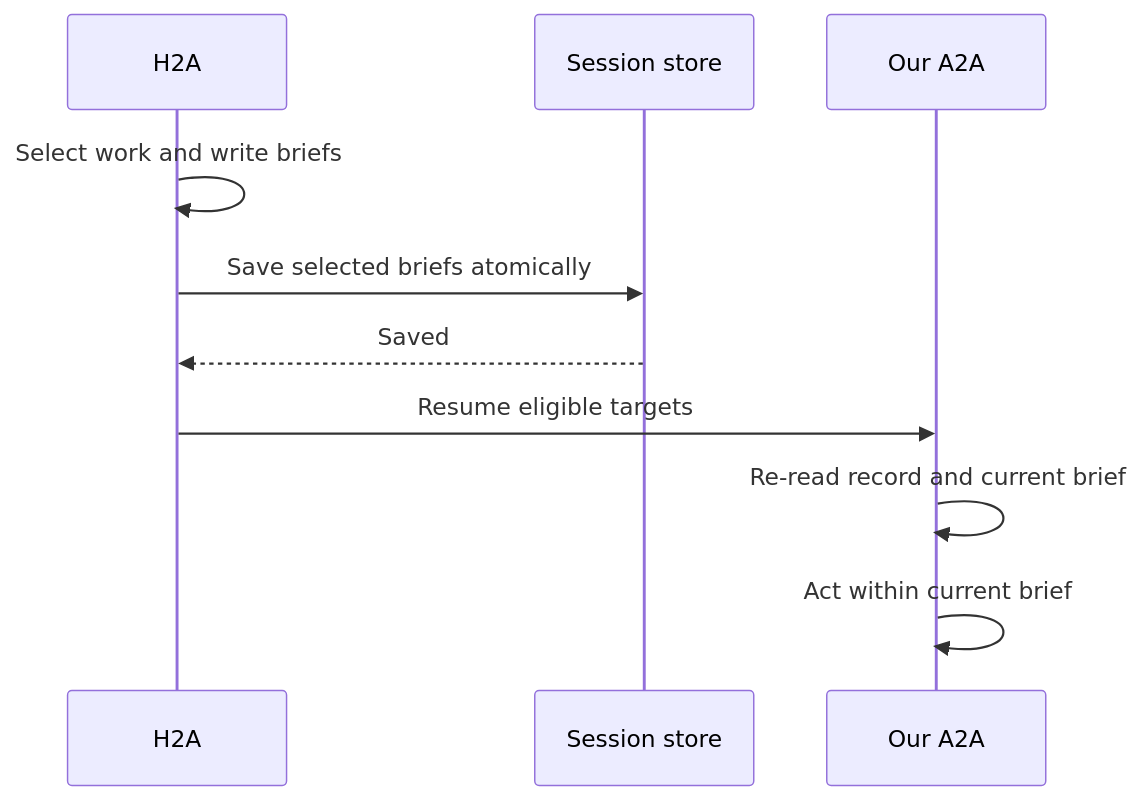
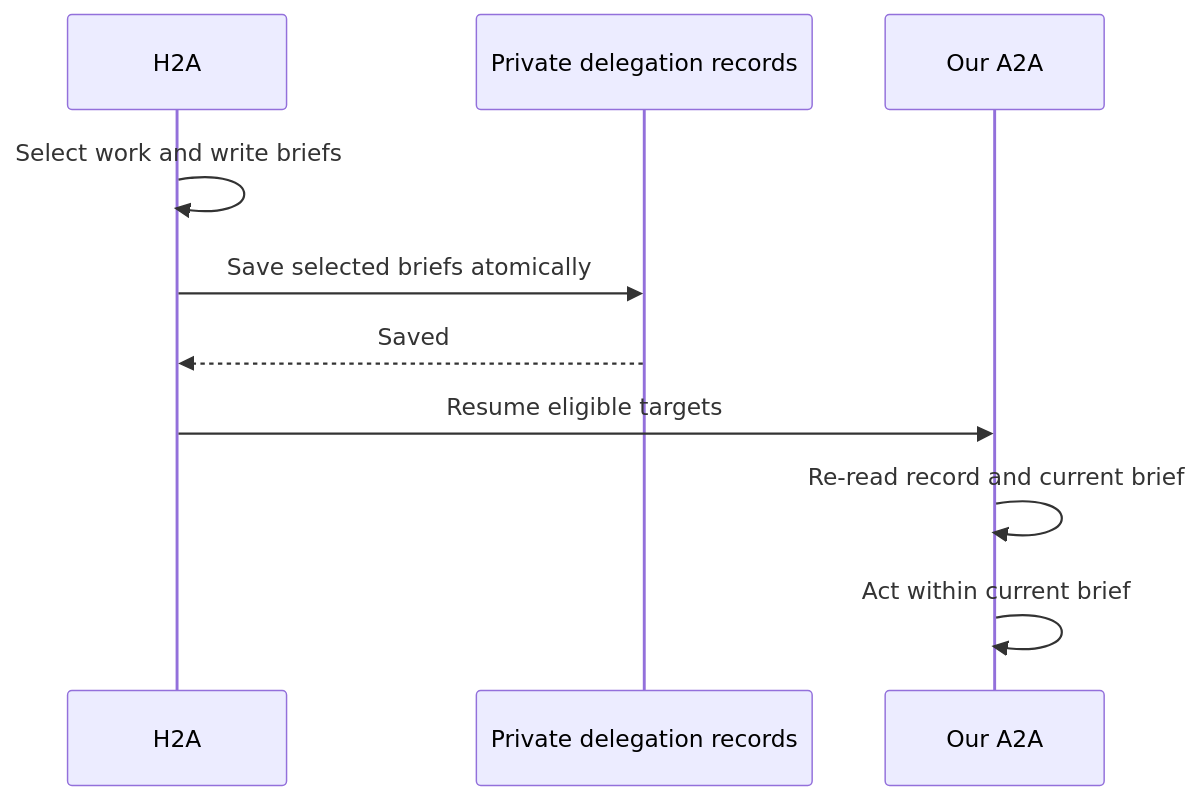
One commit to indexnetwork/index changed the second of 2 diagrams in docs/agent-enhancement/briefs.md. Above: the diagram before and after it, drawn with Mermaid. The commit also changed other lines of this file and 9 other files, not shown here.

````diff
--- a/docs/agent-enhancement/briefs.md
+++ b/docs/agent-enhancement/briefs.md
@@ -33,12 +34,12 @@
 ```mermaid
 sequenceDiagram
     participant H as H2A
-    participant S as Session store
+    participant S as Private delegation records
     participant A as Our A2A
     H->>H: Select work and write briefs
     H->>S: Save selected briefs atomically
     S-->>H: Saved
     H->>A: Resume eligible targets
     A->>A: Re-read record and current brief
     A->>A: Act within current brief
 ```
````
